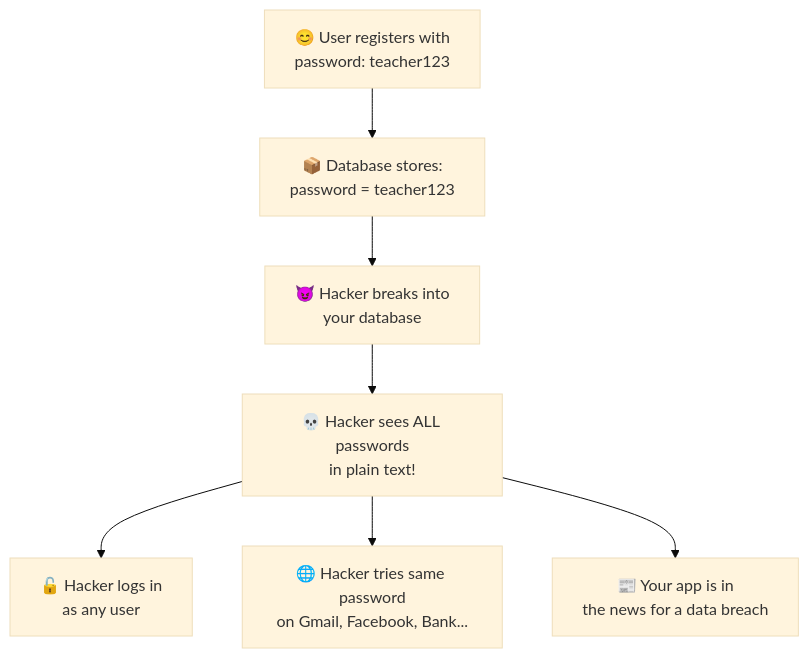
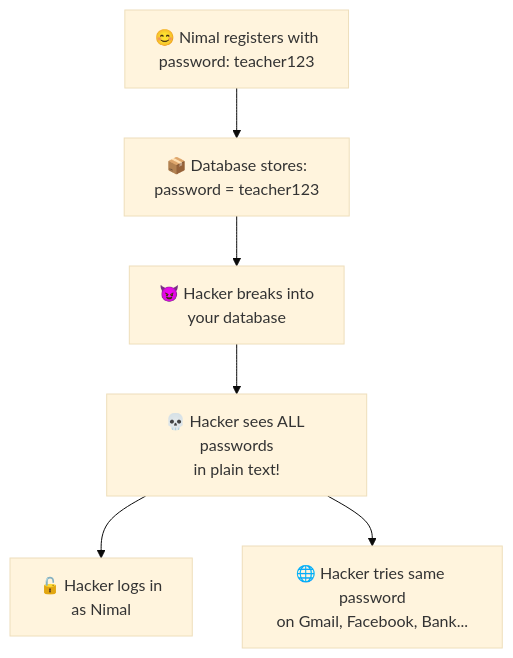
Before and after one commit to Nimsika-Bosilu/designHer_2.0-Student-Attendance-Management-System: diagram 17 of 33 in backend/README.md, drawn with Mermaid (base theme). The commit also changed other lines of this file and 1 other file, not shown here.

````diff
--- a/backend/README.md
+++ b/backend/README.md
@@ -722,9 +888,8 @@
 ```mermaid
 flowchart TD
-    A["😊 User registers with\npassword: teacher123"] --> B["📦 Database stores:\npassword = teacher123"]
+    A["😊 Nimal registers with\npassword: teacher123"] --> B["📦 Database stores:\npassword = teacher123"]
     B --> C["😈 Hacker breaks into\nyour database"]
     C --> D["💀 Hacker sees ALL passwords\nin plain text!"]
-    D --> E["🔓 Hacker logs in\nas any user"]
+    D --> E["🔓 Hacker logs in\nas Nimal"]
     D --> F["🌐 Hacker tries same password\non Gmail, Facebook, Bank..."]
-    D --> G["📰 Your app is in\nthe news for a data breach"]
 ```
````
